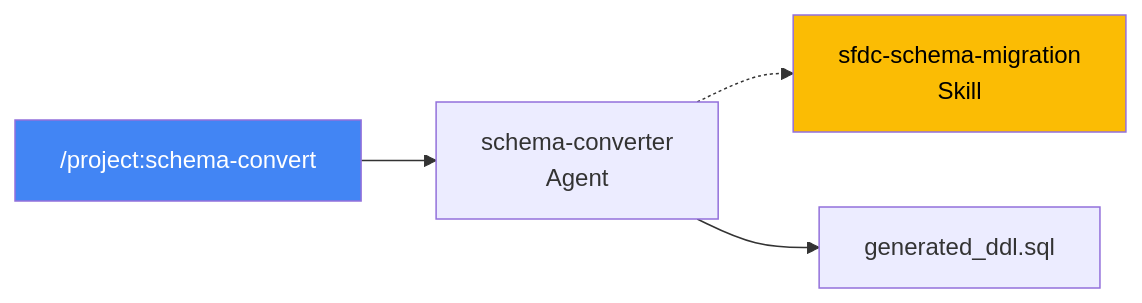
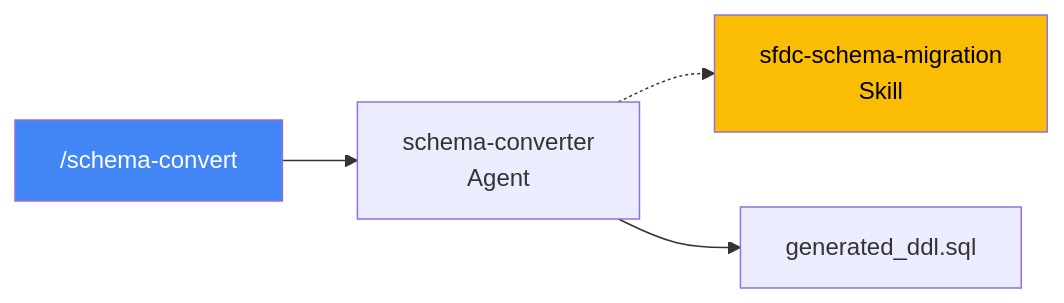
The third of 5 diagrams in workshop-real/examples/HANDSON.md (tyorikan/migration-with-ai), drawn with Mermaid before and after one commit. The commit also changed other lines of this file and 5 other files, not shown here.

````diff
--- a/workshop-real/examples/HANDSON.md
+++ b/workshop-real/examples/HANDSON.md
@@ -251,9 +251,9 @@
 ```mermaid
 flowchart LR
-    CMD["/project:schema-convert"] --> AGT["schema-converter<br/>Agent"]
+    CMD["/schema-convert"] --> AGT["schema-converter<br/>Agent"]
     AGT -.-> SKL["sfdc-schema-migration<br/>Skill"]
     AGT --> OUT["generated_ddl.sql"]
 
     style CMD fill:#4285F4,color:#fff
     style SKL fill:#FBBC04,color:#000
 ```
````
